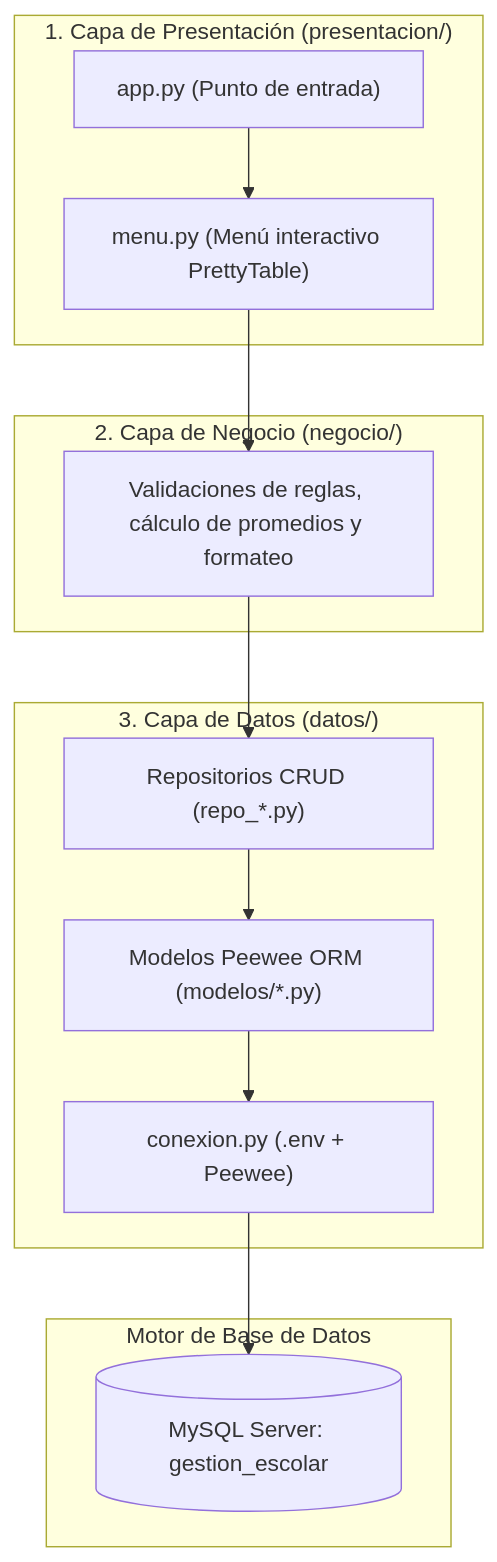
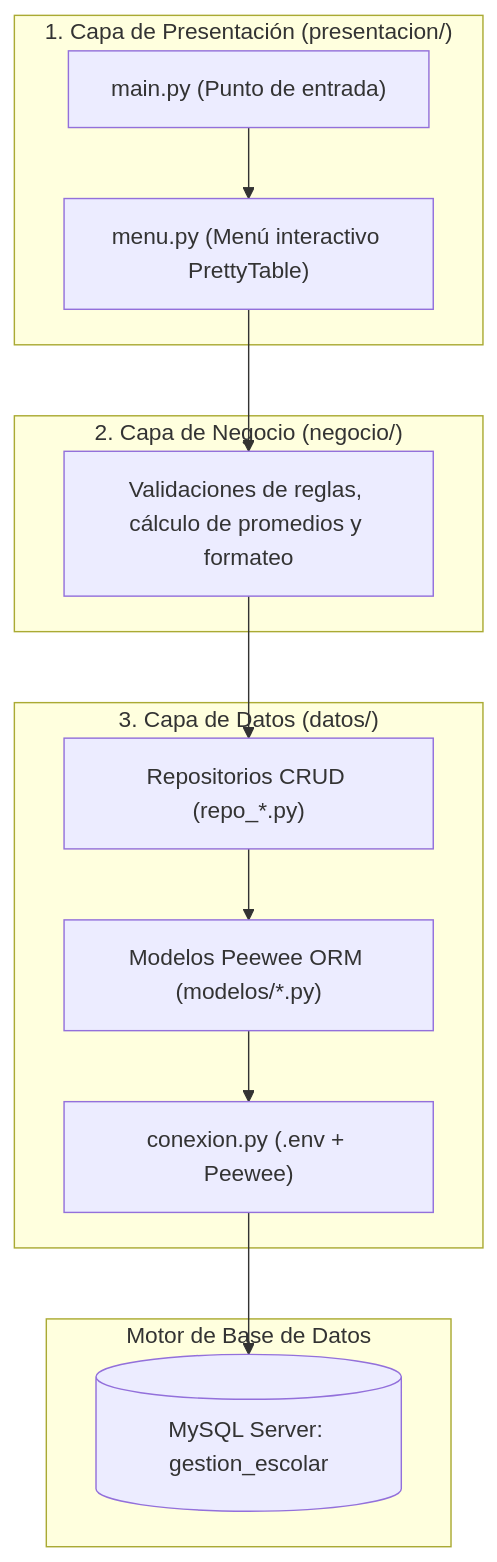
Before and after one commit to Jeraco-hub/Gestion_Escolar: the second of 3 diagrams in INFORME_TECNICO_PROYECTO.md, drawn with Mermaid. The commit also changed other lines of this file and 30 other files, not shown here.

````diff
--- a/INFORME_TECNICO_PROYECTO.md
+++ b/INFORME_TECNICO_PROYECTO.md
@@ -86,28 +86,28 @@
 ```mermaid
 flowchart TD
     subgraph CAPA_PRESENTACION["1. Capa de Presentación (presentacion/)"]
-        UI["app.py (Punto de entrada)"]
+        UI["main.py (Punto de entrada)"]
         MENU["menu.py (Menú interactivo PrettyTable)"]
     end
 
     subgraph CAPA_NEGOCIO["2. Capa de Negocio (negocio/)"]
         RULES["Validaciones de reglas, cálculo de promedios y formateo"]
     end
 
     subgraph CAPA_DATOS["3. Capa de Datos (datos/)"]
         REPOS["Repositorios CRUD (repo_*.py)"]
         MODELS["Modelos Peewee ORM (modelos/*.py)"]
         CONN["conexion.py (.env + Peewee)"]
     end
 
     subgraph DB["Motor de Base de Datos"]
         MYSQL[(MySQL Server: gestion_escolar)]
     end
 
     UI --> MENU
     MENU --> RULES
     RULES --> REPOS
     REPOS --> MODELS
     MODELS --> CONN
     CONN --> MYSQL
 ```
````
